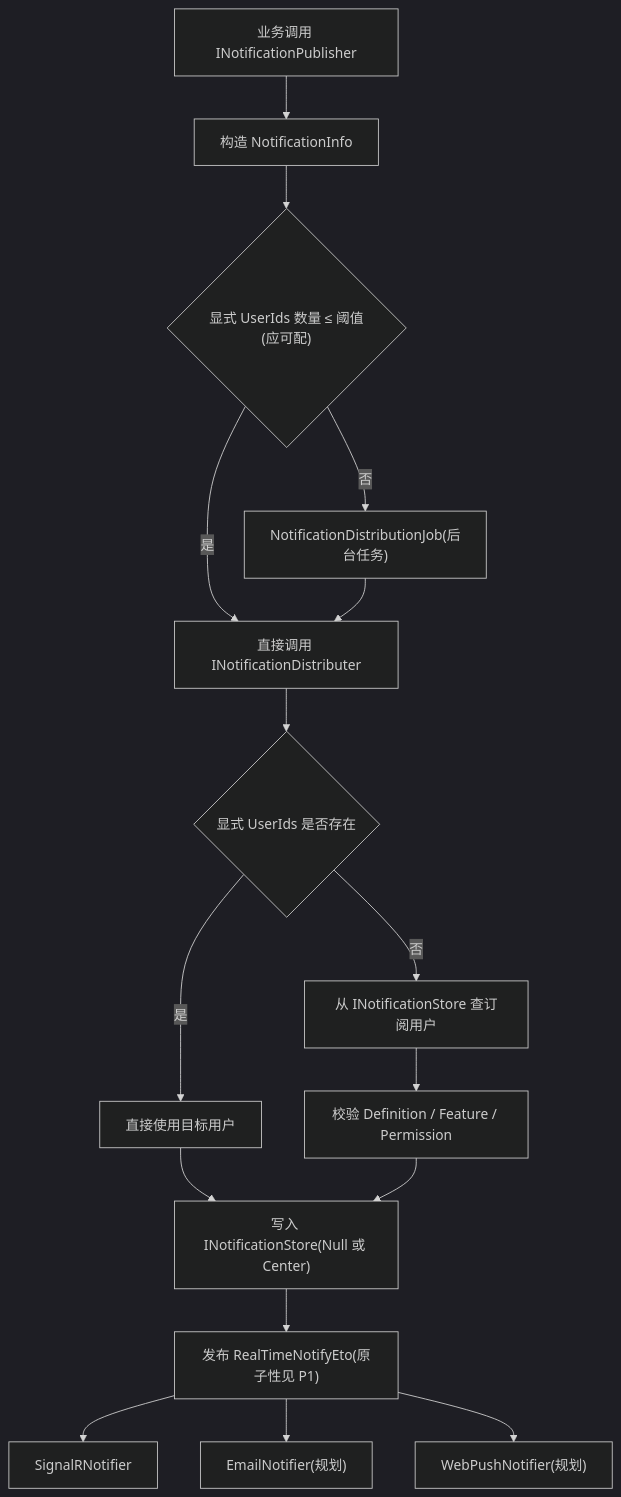
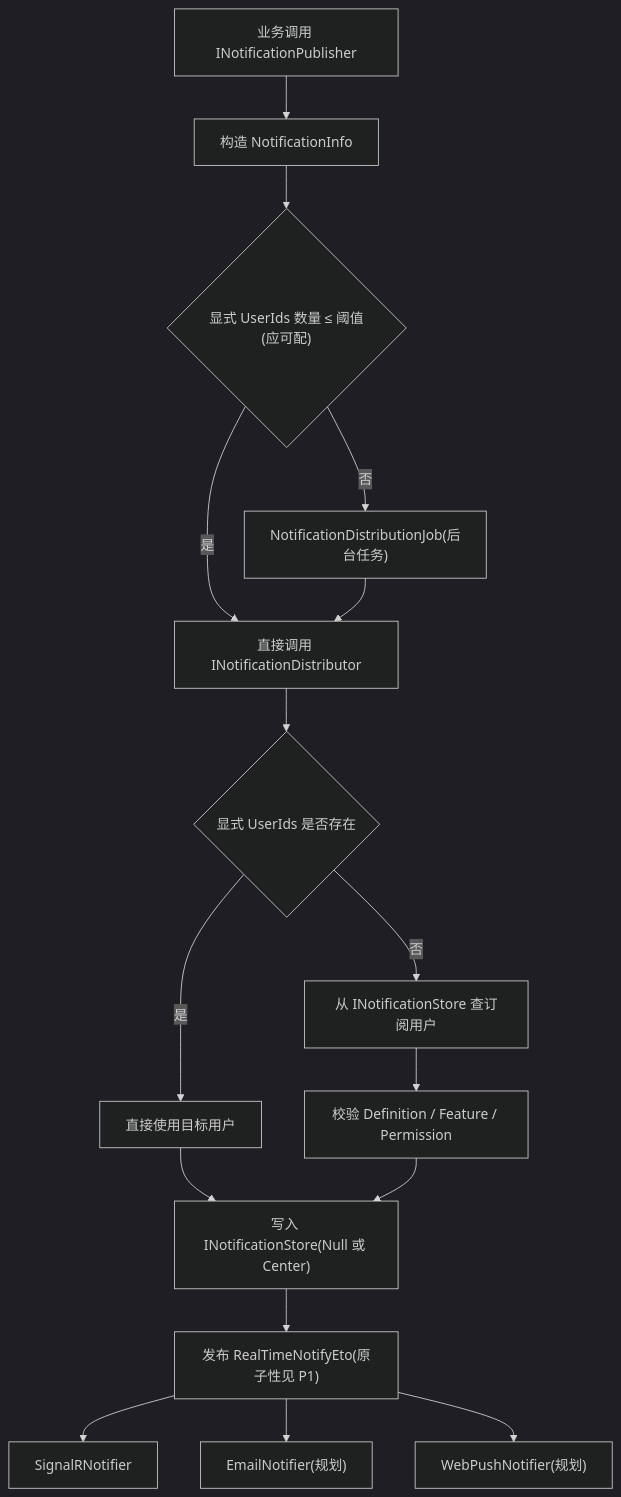
Before and after one commit to dignite-projects/abp-notifications: the second of 2 diagrams in docs/02-architecture.md, drawn with Mermaid (dark theme). The commit also changed other lines of this file and 8 other files, not shown here.

First line of the commit message:
refactor: rename INotificationDistributer to INotificationDistributor

````diff
--- a/docs/02-architecture.md
+++ b/docs/02-architecture.md
@@ -65,18 +65,18 @@
 ```mermaid
 flowchart TD
     A["业务调用 INotificationPublisher"] --> B["构造 NotificationInfo"]
     B --> C{"显式 UserIds 数量 ≤ 阈值(应可配)"}
-    C -->|是| D["直接调用 INotificationDistributer"]
+    C -->|是| D["直接调用 INotificationDistributor"]
     C -->|否| E["NotificationDistributionJob(后台任务)"]
     E --> D
     D --> F{"显式 UserIds 是否存在"}
     F -->|是| G["直接使用目标用户"]
     F -->|否| H["从 INotificationStore 查订阅用户"]
     H --> I["校验 Definition / Feature / Permission"]
     G --> J["写入 INotificationStore(Null 或 Center)"]
     I --> J
     J --> K["发布 RealTimeNotifyEto(原子性见 P1)"]
     K --> M1["SignalRNotifier"]
     K --> M2["EmailNotifier(规划)"]
     K --> M3["WebPushNotifier(规划)"]
 ```
````
